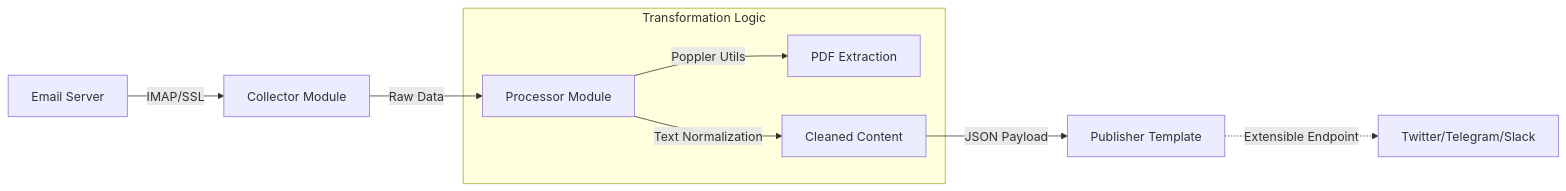
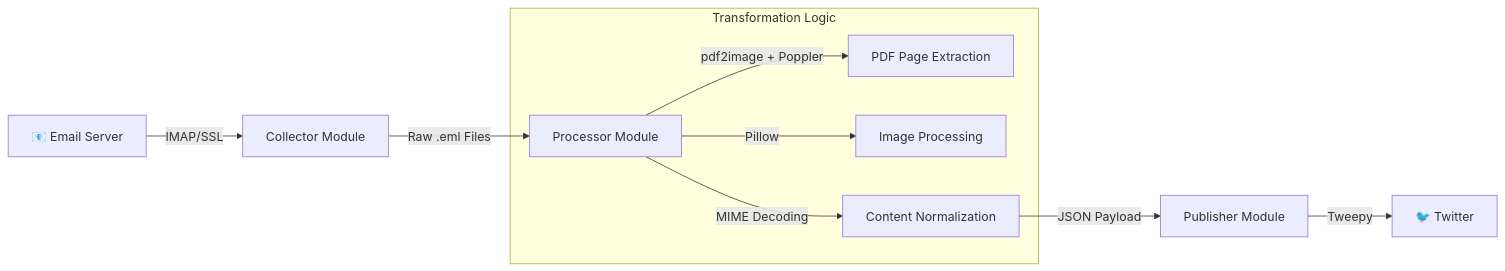
The diagram in README.md (isikmuhamm/automated-content-aggregator), drawn with Mermaid before and after one commit. The commit also changed other lines of this file and 4 other files, not shown here.

````diff
--- a/README.md
+++ b/README.md
@@ -16,14 +37,14 @@
 ```mermaid
 graph LR
-    Source[Email Server] -->|IMAP/SSL| Collector[Collector Module]
-    Collector -->|Raw Data| Processor[Processor Module]
-    
+    Source[📧 Email Server] -->|IMAP/SSL| Collector[Collector Module]
+    Collector -->|Raw .eml Files| Processor[Processor Module]
+
     subgraph Transformation Logic
-    Processor -->|Poppler Utils| PDF[PDF Extraction]
-    Processor -->|Text Normalization| Clean[Cleaned Content]
+        Processor -->|pdf2image + Poppler| PDF[PDF Page Extraction]
+        Processor -->|Pillow| IMG[Image Processing]
+        Processor -->|MIME Decoding| Clean[Content Normalization]
     end
-    
-    Clean -->|JSON Payload| Publisher[Publisher Template]
-    Publisher -.->|Extensible Endpoint| Target[Twitter/Telegram/Slack]
 
+    Clean -->|JSON Payload| Publisher[Publisher Module]
+    Publisher -->|Tweepy| Twitter[🐦 Twitter]
 ```
````
